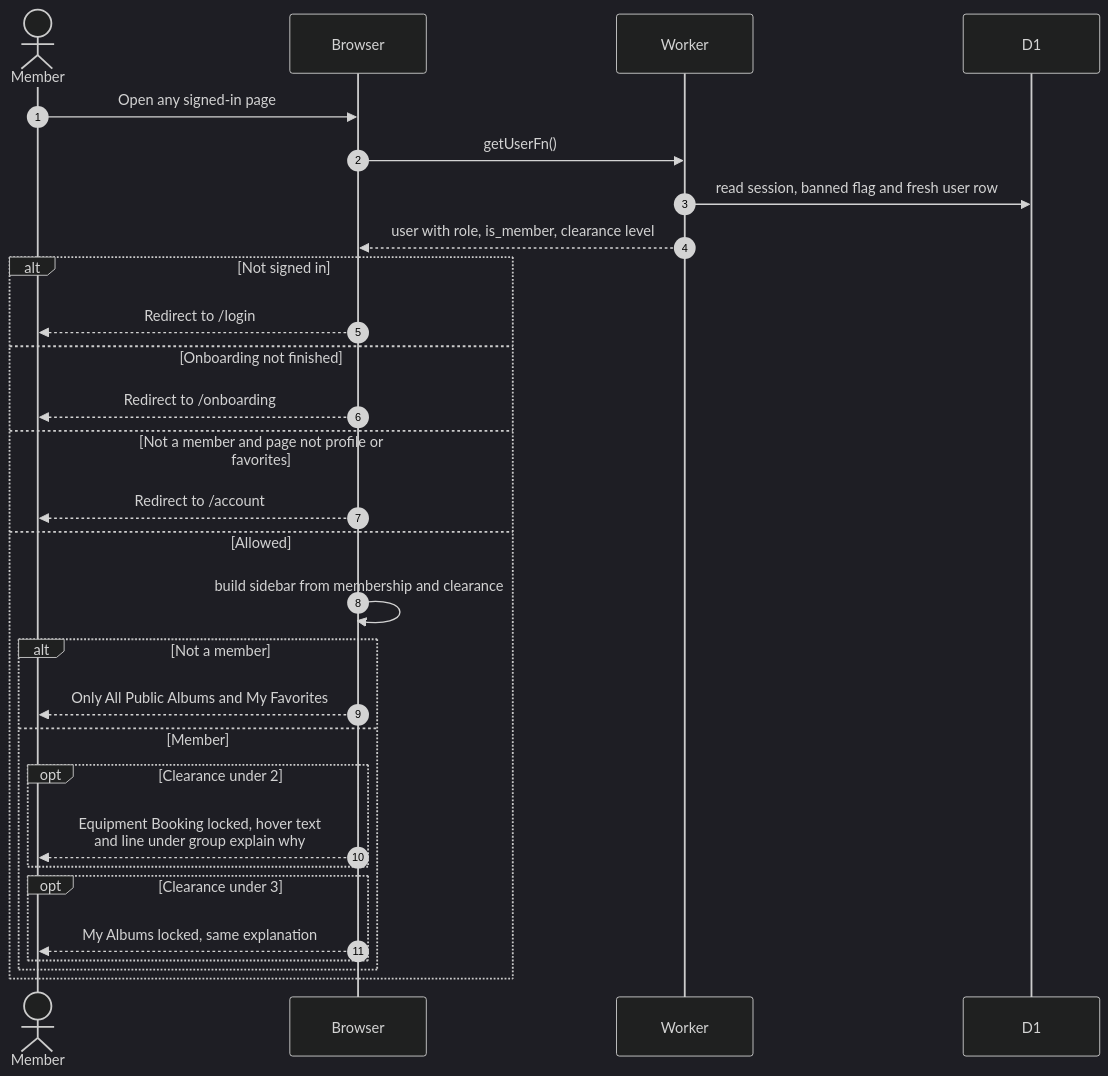
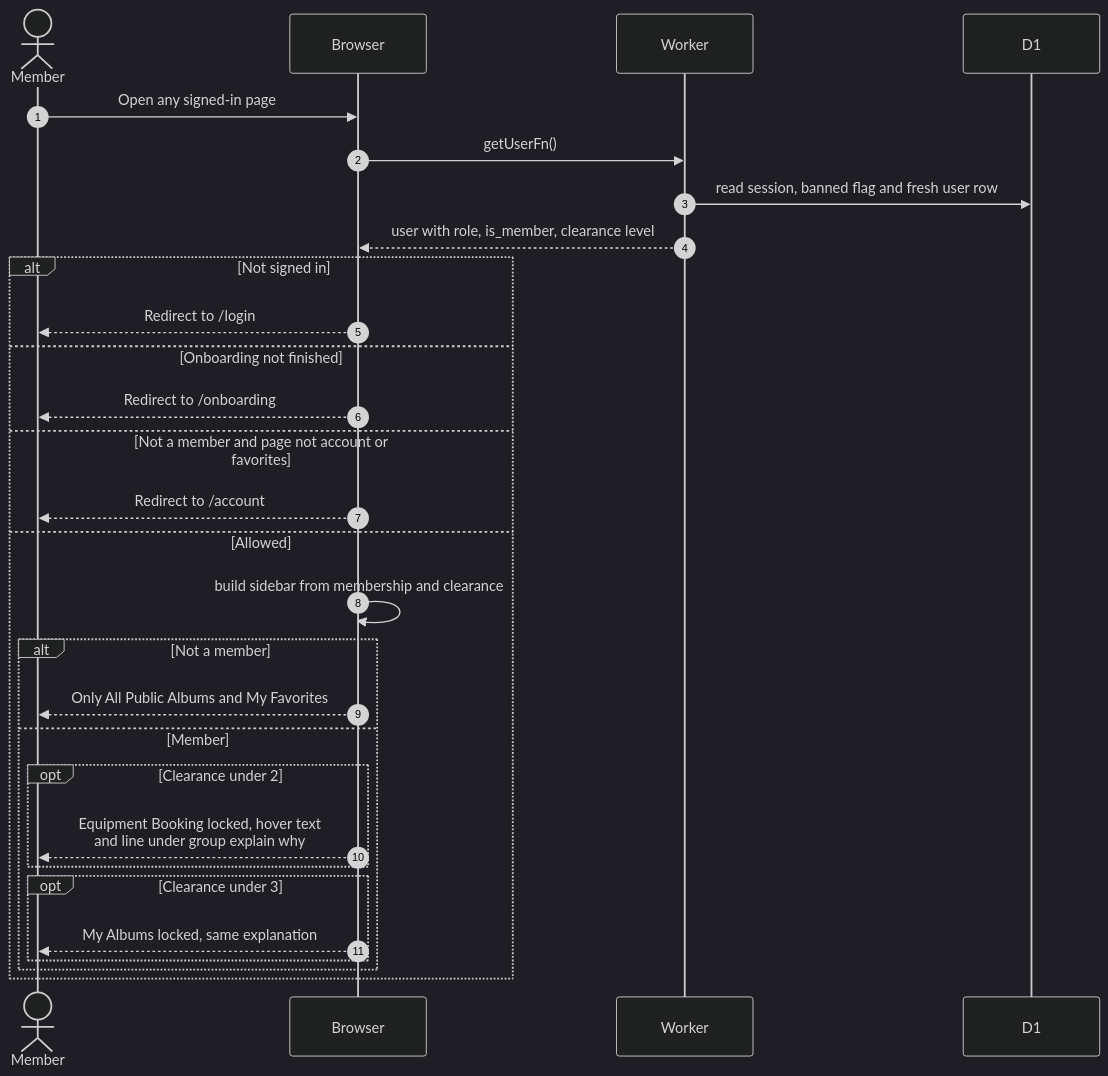
Before and after one commit to sagyzdop/meriksirat: the diagram in docs/scenarios/equipment/sidebar-access.md, drawn with Mermaid (dark theme). The commit also changed other lines of this file and 45 other files, not shown here.

Commit message:
docs: update scenarios, glossary, ADRs 0018-0020 and README for the account, member, equipment and album changes

````diff
--- a/docs/scenarios/equipment/sidebar-access.md
+++ b/docs/scenarios/equipment/sidebar-access.md
@@ -36,31 +36,31 @@
 ```mermaid
 sequenceDiagram
     autonumber
     actor M as Member
     participant B as Browser
     participant W as Worker
     participant D as D1
     M->>B: Open any signed-in page
     B->>W: getUserFn()
     W->>D: read session, banned flag and fresh user row
     W-->>B: user with role, is_member, clearance level
     alt Not signed in
         B-->>M: Redirect to /login
     else Onboarding not finished
         B-->>M: Redirect to /onboarding
-    else Not a member and page not profile or favorites
+    else Not a member and page not account or favorites
         B-->>M: Redirect to /account
     else Allowed
         B->>B: build sidebar from membership and clearance
         alt Not a member
             B-->>M: Only All Public Albums and My Favorites
         else Member
             opt Clearance under 2
                 B-->>M: Equipment Booking locked, hover text<br/>and line under group explain why
             end
             opt Clearance under 3
                 B-->>M: My Albums locked, same explanation
             end
         end
     end
 ```
````
